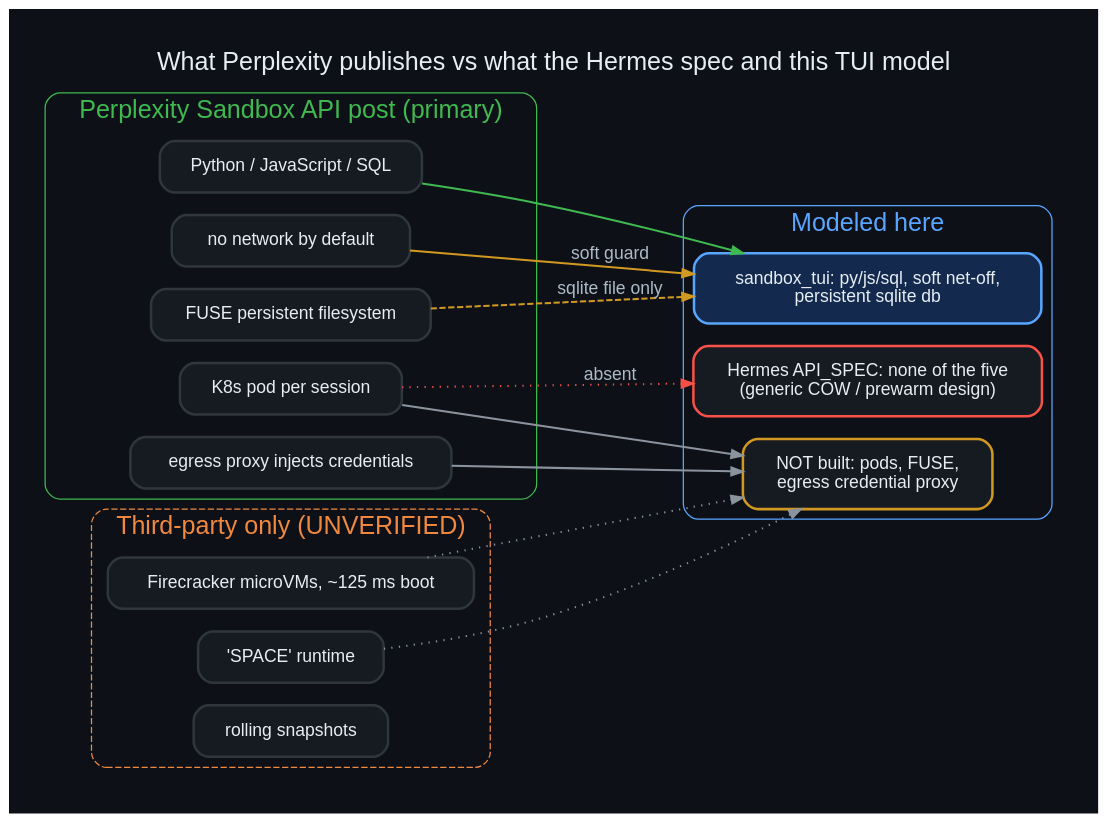
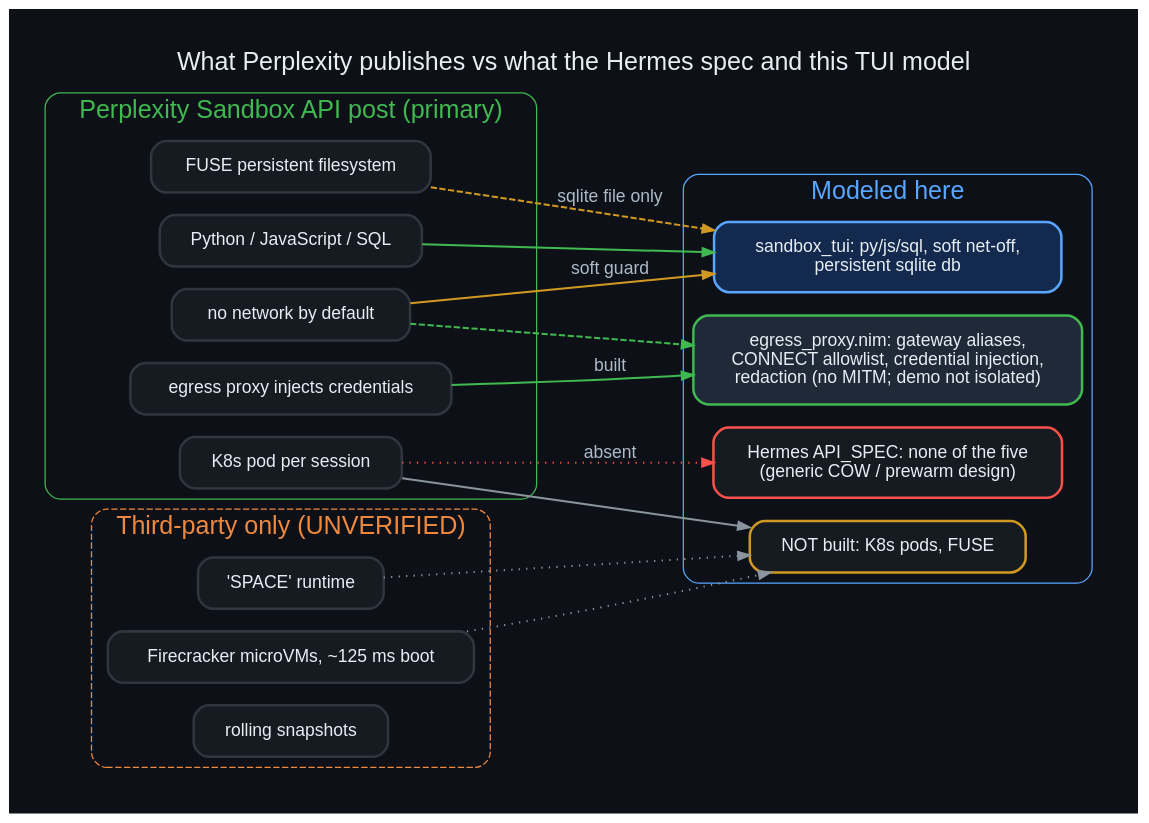
The diagram in diagrams/06_perplexity_coverage.dot (danindiana/nim-compute-sandbox-tui), drawn with Graphviz before and after one commit. The commit also changed 24 other files, not shown here.

Commit message:
Add egress proxy with credential injection; :net proxy mode; env scrubbing; diagrams 09-11

```diff
--- a/diagrams/06_perplexity_coverage.dot
+++ b/diagrams/06_perplexity_coverage.dot
@@ -1,12 +1,12 @@
 digraph cov {
  graph [bgcolor="#0d1117", fontname="Helvetica", fontcolor="#e6edf3", labelloc="t", fontsize=20, pad=0.4];
  node [fontname="Helvetica", fontcolor="#e6edf3", color="#30363d", style="filled,rounded", shape=box, penwidth=2, margin="0.25,0.18", fillcolor="#161b22"];
  edge [color="#8b949e", fontname="Helvetica", fontcolor="#adbac7", penwidth=1.6, arrowsize=0.9]; rankdir=LR; label="What Perplexity publishes vs what the Hermes spec and this TUI model";
  subgraph cluster_p { label="Perplexity Sandbox API post (primary)"; style=rounded; color="#3fb950"; fontcolor="#3fb950";
   p1 [label="K8s pod per session"]; p2 [label="FUSE persistent filesystem"]; p3 [label="Python / JavaScript / SQL"]; p4 [label="no network by default"]; p5 [label="egress proxy injects credentials"]; }
  subgraph cluster_t { label="Third-party only (UNVERIFIED)"; style="rounded,dashed"; color="#f0883e"; fontcolor="#f0883e";
   t1 [label="'SPACE' runtime"]; t2 [label="Firecracker microVMs, ~125 ms boot"]; t3 [label="rolling snapshots"]; }
  subgraph cluster_m { label="Modeled here"; style=rounded; color="#58a6ff"; fontcolor="#58a6ff";
-  m1 [label="Hermes API_SPEC: none of the five\n(generic COW / prewarm design)", color="#f85149"]; m2 [label="sandbox_tui: py/js/sql, soft net-off,\npersistent sqlite db", color="#58a6ff", fillcolor="#13294d"]; m3 [label="NOT built: pods, FUSE,\negress credential proxy", color="#d29922"]; }
- p3->m2 [color="#3fb950"]; p4->m2 [label="soft guard", color="#d29922"]; p2->m2 [label="sqlite file only", style=dashed, color="#d29922"]; p1->m3; p5->m3; p1->m1 [style=dotted, color="#f85149", label="absent"]; t1->m3 [style=dotted]; t2->m3 [style=dotted];
+  m1 [label="Hermes API_SPEC: none of the five\n(generic COW / prewarm design)", color="#f85149"]; m2 [label="sandbox_tui: py/js/sql, soft net-off,\npersistent sqlite db", color="#58a6ff", fillcolor="#13294d"]; m3 [label="NOT built: K8s pods, FUSE", color="#d29922"]; m4 [label="egress_proxy.nim: gateway aliases,\nCONNECT allowlist, credential injection,\nredaction (no MITM; demo not isolated)", color="#3fb950", fillcolor="#1f2937"]; }
+ p3->m2 [color="#3fb950"]; p4->m2 [label="soft guard", color="#d29922"]; p2->m2 [label="sqlite file only", style=dashed, color="#d29922"]; p1->m3; p5->m4 [color="#3fb950", label="built"]; p4->m4 [color="#3fb950", style=dashed]; p1->m1 [style=dotted, color="#f85149", label="absent"]; t1->m3 [style=dotted]; t2->m3 [style=dotted];
 }
```
